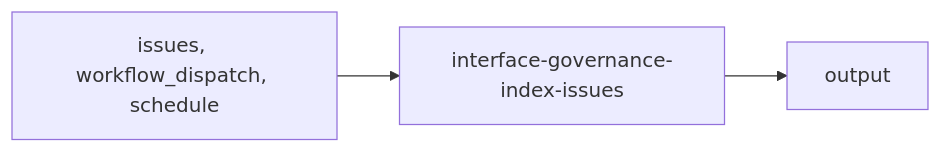
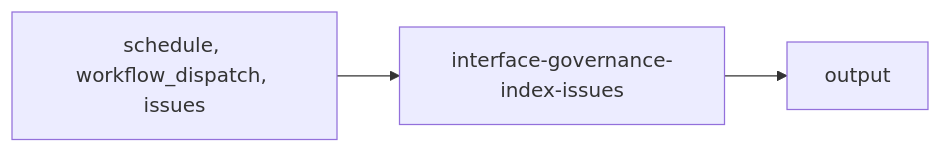
One commit to its-DeFine/docs changed the diagram in .github/workspace/actions-library/interfaces/governance/interface-governance-index-issues.mdx. Above: the diagram before and after it, drawn with Mermaid. The commit also changed other lines of this file and 57 other files, not shown here.

````diff
--- a/.github/workspace/actions-library/interfaces/governance/interface-governance-index-issues.mdx
+++ b/.github/workspace/actions-library/interfaces/governance/interface-governance-index-issues.mdx
@@ -43,5 +43,5 @@
 ```mermaid
 graph LR
-    TRIGGER["issues, workflow_dispatch, schedule"] --> WF["interface-governance-index-issues"]
+    TRIGGER["schedule, workflow_dispatch, issues"] --> WF["interface-governance-index-issues"]
     WF --> OUTPUT["output"]
 ```
````
